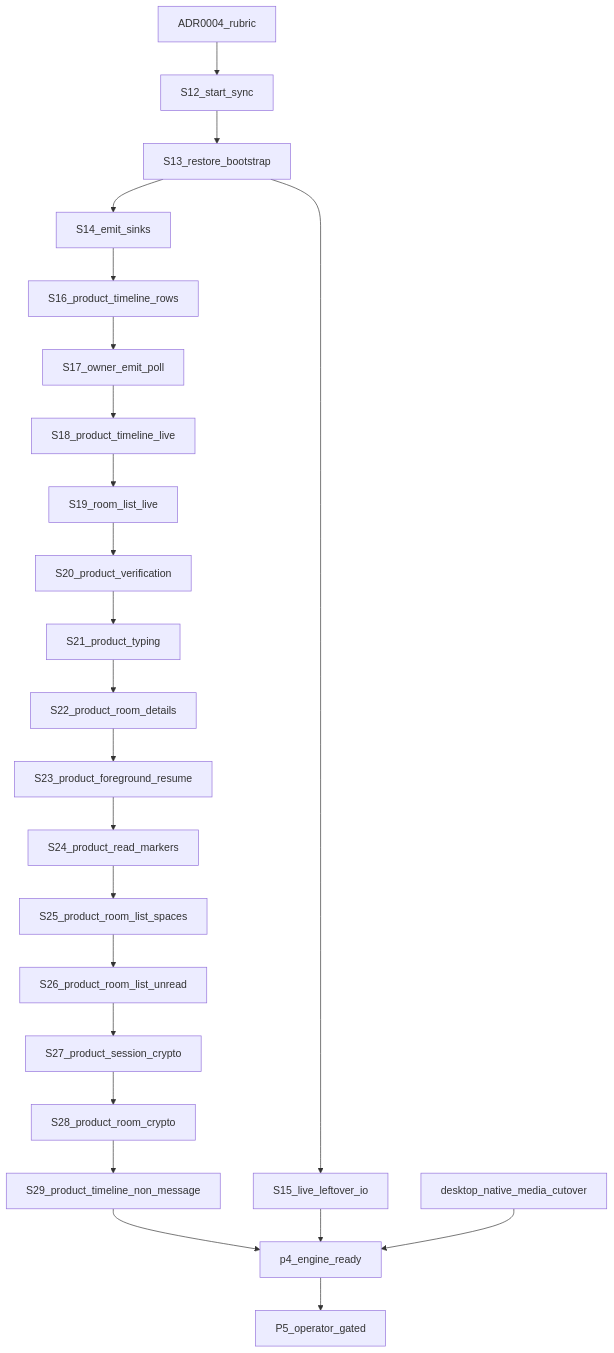
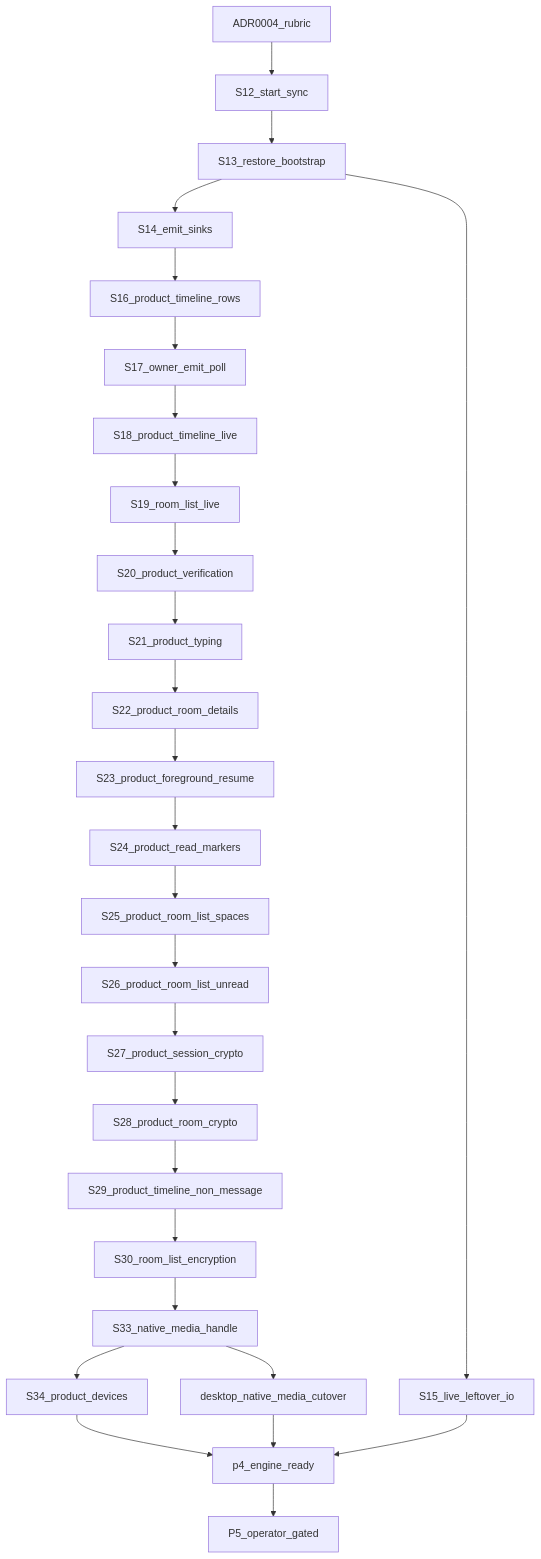
The diagram in docs/shared-native-core/13-language-boundary-goal-graph.md (nepenth/synara-desktop), drawn with Mermaid before and after one commit. The commit also changed other lines of this file and 19 other files, not shown here.

First line of the commit message:
feat(core): expose room encryption, reactions, and media handles (P4-S30–S34)

````diff
--- a/docs/shared-native-core/13-language-boundary-goal-graph.md
+++ b/docs/shared-native-core/13-language-boundary-goal-graph.md
@@ -46,48 +46,55 @@
 ```mermaid
 flowchart TD
   adr0004[ADR0004_rubric]
   s12[S12_start_sync]
   s13[S13_restore_bootstrap]
   s14[S14_emit_sinks]
   s15[S15_live_leftover_io]
   s16[S16_product_timeline_rows]
   s17[S17_owner_emit_poll]
   s18[S18_product_timeline_live]
   s19[S19_room_list_live]
   s20[S20_product_verification]
   s21[S21_product_typing]
   s22[S22_product_room_details]
   s23[S23_product_foreground_resume]
   s24[S24_product_read_markers]
   s25[S25_product_room_list_spaces]
   s26[S26_product_room_list_unread]
   s27[S27_product_session_crypto]
   s28[S28_product_room_crypto]
   s29[S29_product_timeline_non_message]
+  s30[S30_room_list_encryption]
+  s33[S33_native_media_handle]
+  s34[S34_product_devices]
   media[desktop_native_media_cutover]
   done[p4_engine_ready]
   p5[P5_operator_gated]
 
   adr0004 --> s12
   s12 --> s13
   s13 --> s14
   s13 --> s15
   s14 --> s16
   s16 --> s17
   s17 --> s18
   s18 --> s19
   s19 --> s20
   s20 --> s21
   s21 --> s22
   s22 --> s23
   s23 --> s24
   s24 --> s25
   s25 --> s26
   s26 --> s27
   s27 --> s28
   s28 --> s29
-  s29 --> done
+  s29 --> s30
+  s30 --> s33
+  s33 --> s34
+  s34 --> done
+  s33 --> media
   s15 --> done
   media --> done
   done --> p5
 ```
````
